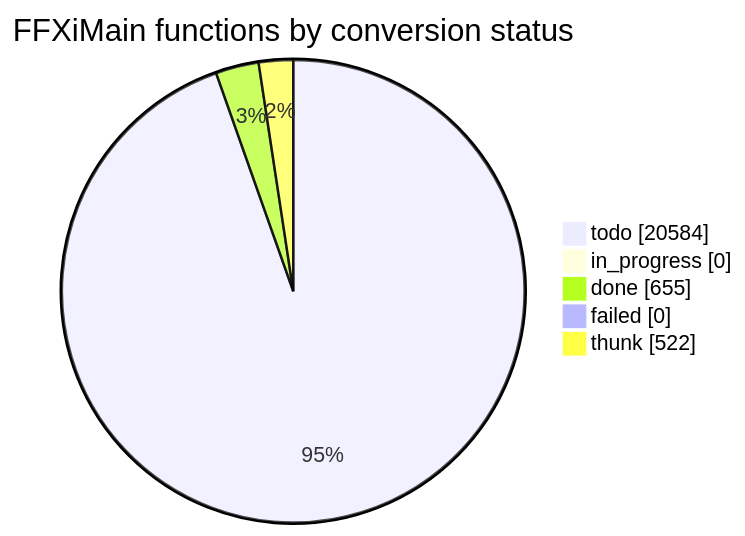
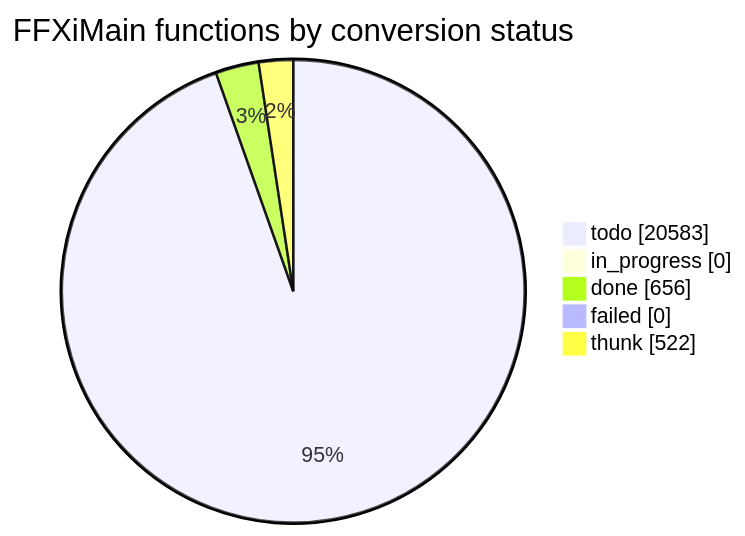
The diagram in docs/cow/STATUS.md (cowrevenge/cow_kuluu_xi_anything), drawn with Mermaid before and after one commit. The commit also changed other lines of this file and 9 other files, not shown here.

````diff
--- a/docs/cow/STATUS.md
+++ b/docs/cow/STATUS.md
@@ -18,9 +18,9 @@
 ```mermaid
 pie showData
     title FFXiMain functions by conversion status
-    "todo" : 20584
+    "todo" : 20583
     "in_progress" : 0
-    "done" : 655
+    "done" : 656
     "failed" : 0
     "thunk" : 522
 ```
````
